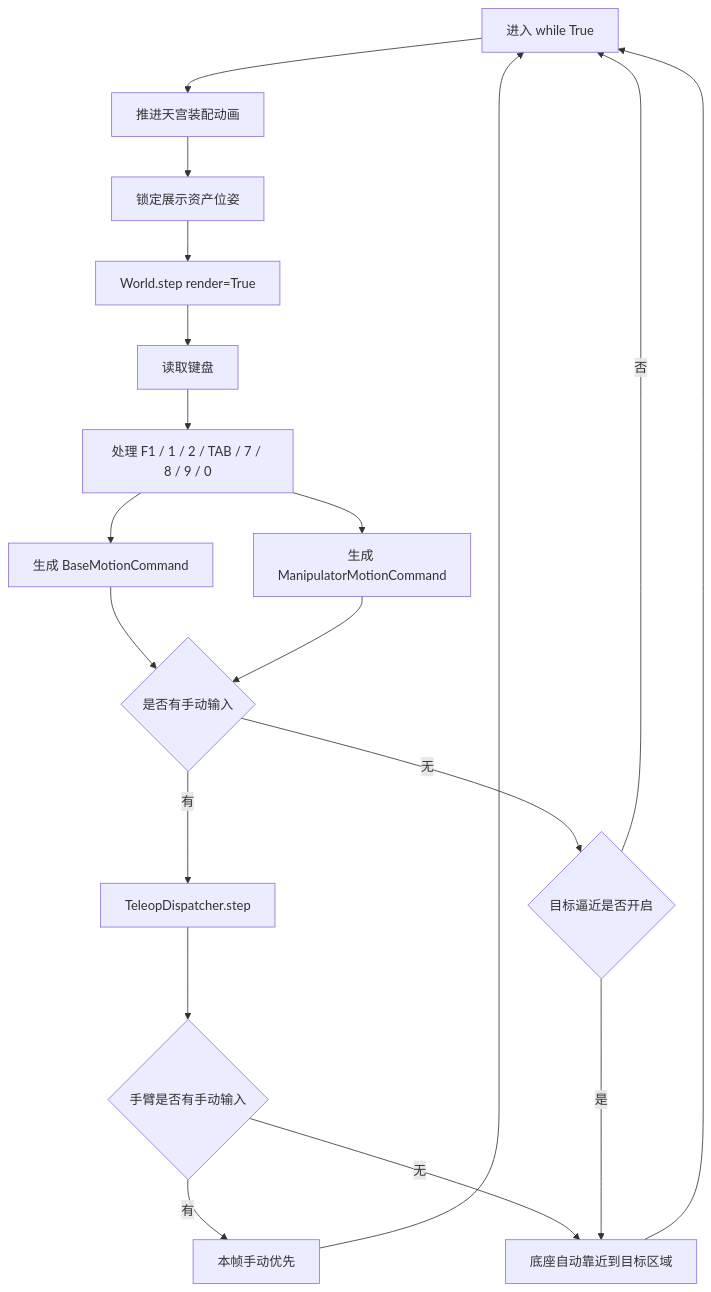
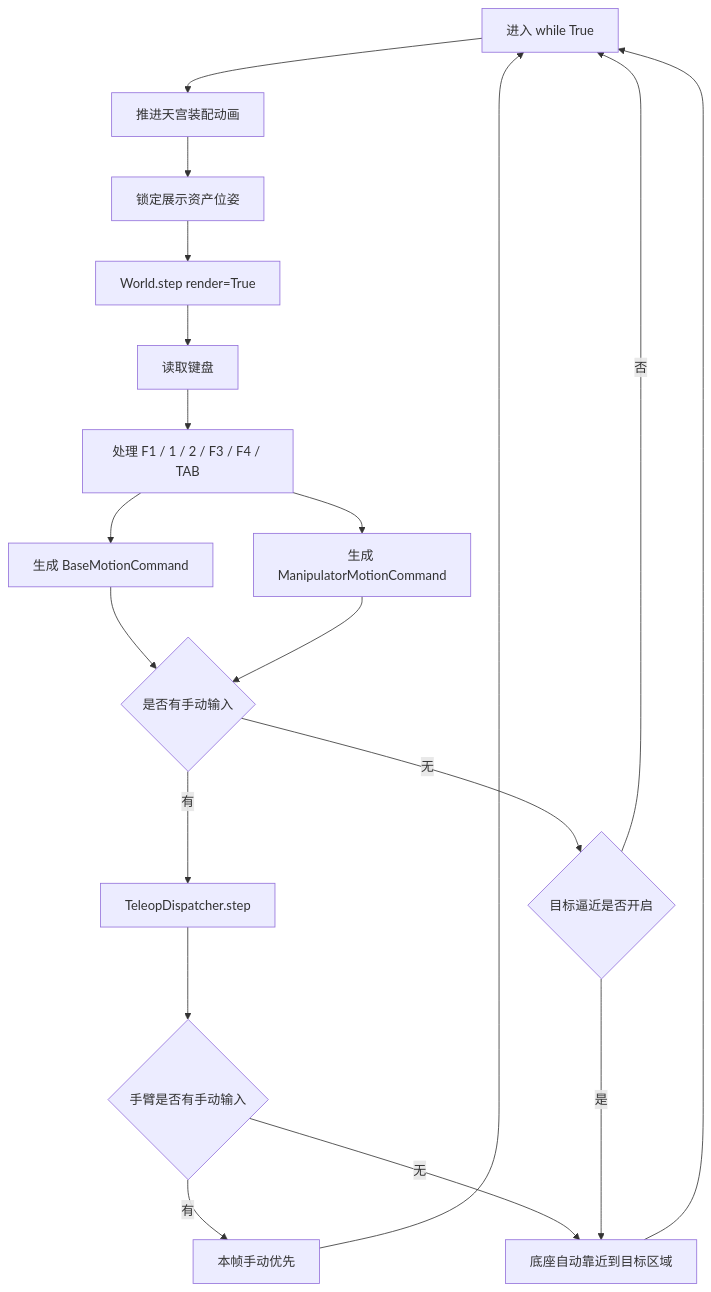
Before and after one commit to hjc0106/earth2moon-sim: the second of 5 diagrams in docs/CALL_FLOW.md, drawn with Mermaid. The commit also changed other lines of this file and 20 other files, not shown here.

````diff
--- a/docs/CALL_FLOW.md
+++ b/docs/CALL_FLOW.md
@@ -67,21 +67,21 @@
 ```mermaid
 flowchart TD
     A[进入 while True] --> B[推进天宫装配动画]
     B --> C[锁定展示资产位姿]
     C --> D[World.step render=True]
     D --> E[读取键盘]
-    E --> F[处理 F1 / 1 / 2 / TAB / 7 / 8 / 9 / 0]
+    E --> F[处理 F1 / 1 / 2 / F3 / F4 / TAB]
     F --> G[生成 BaseMotionCommand]
     F --> H[生成 ManipulatorMotionCommand]
     G --> I{是否有手动输入}
     H --> I
     I -->|有| J[TeleopDispatcher.step]
     I -->|无| K{目标逼近是否开启}
     J --> L{手臂是否有手动输入}
     L -->|有| M[本帧手动优先]
     L -->|无| N[底座自动靠近到目标区域]
     K -->|是| N
     K -->|否| A
     M --> A
     N --> A
 ```
````
